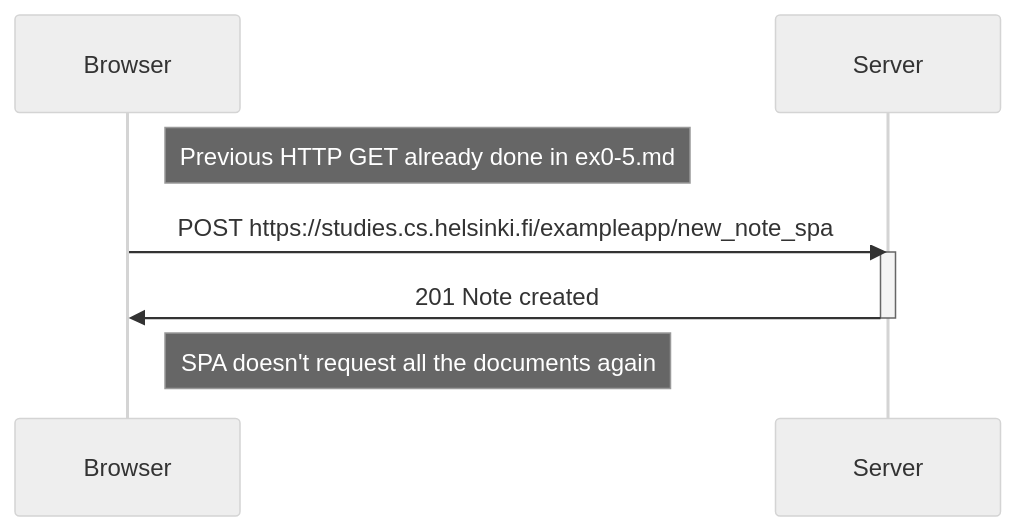
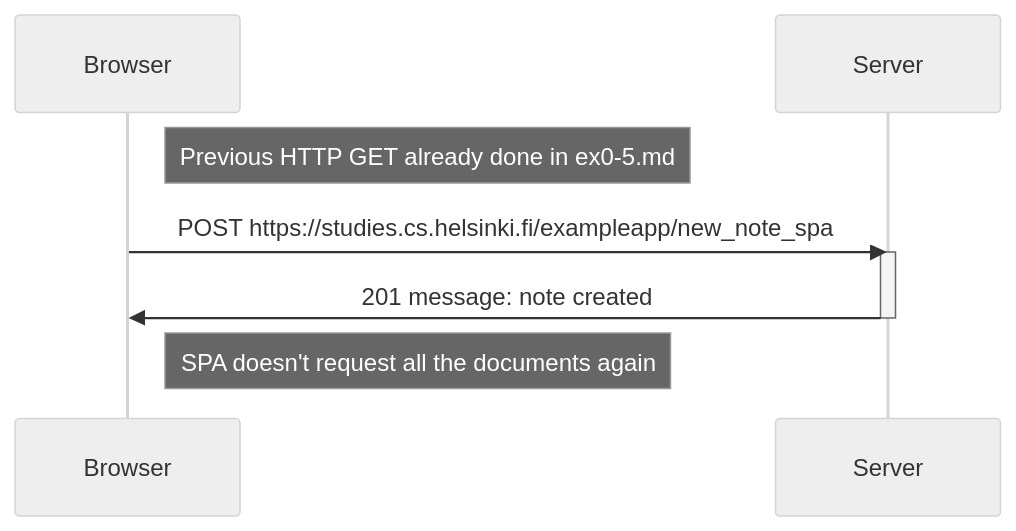
Before and after one commit to nicaFernandez12/FullStackOpen: the diagram in Part0/ex0-6.md, drawn with Mermaid (neutral theme).

Commit message:
Part0 finished

````diff
--- a/Part0/ex0-6.md
+++ b/Part0/ex0-6.md
@@ -1,15 +1,15 @@
 ```mermaid
     sequenceDiagram;
     participant Browser;
     participant Server;
 
     Note right of Browser: Previous HTTP GET already done in ex0-5.md;
 
     Browser->>Server: POST https://studies.cs.helsinki.fi/exampleapp/new_note_spa;
 
     activate Server;
-    Server->>Browser: 201 Note created;
+    Server->>Browser: 201 message: note created;
     deactivate Server;
 
     Note right of Browser: SPA doesn't request all the documents again;
 ```
````
